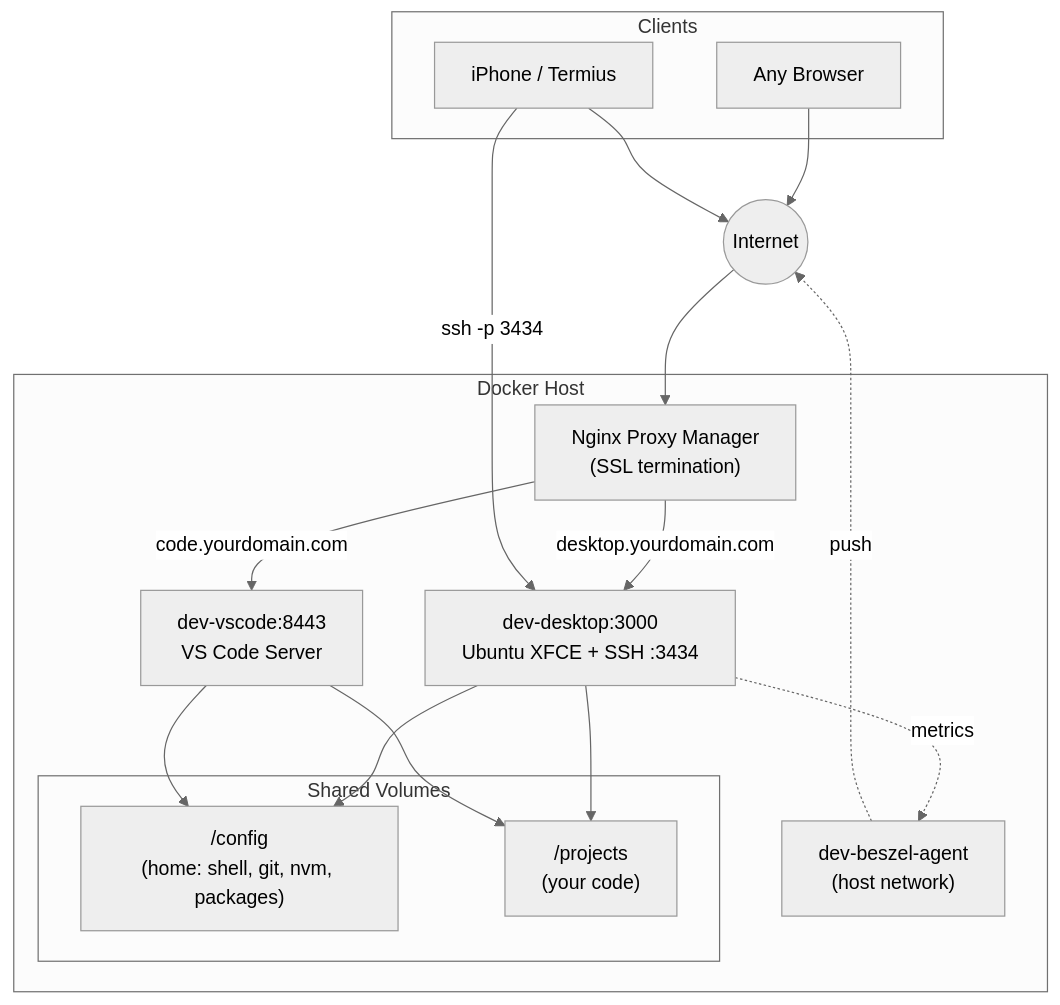
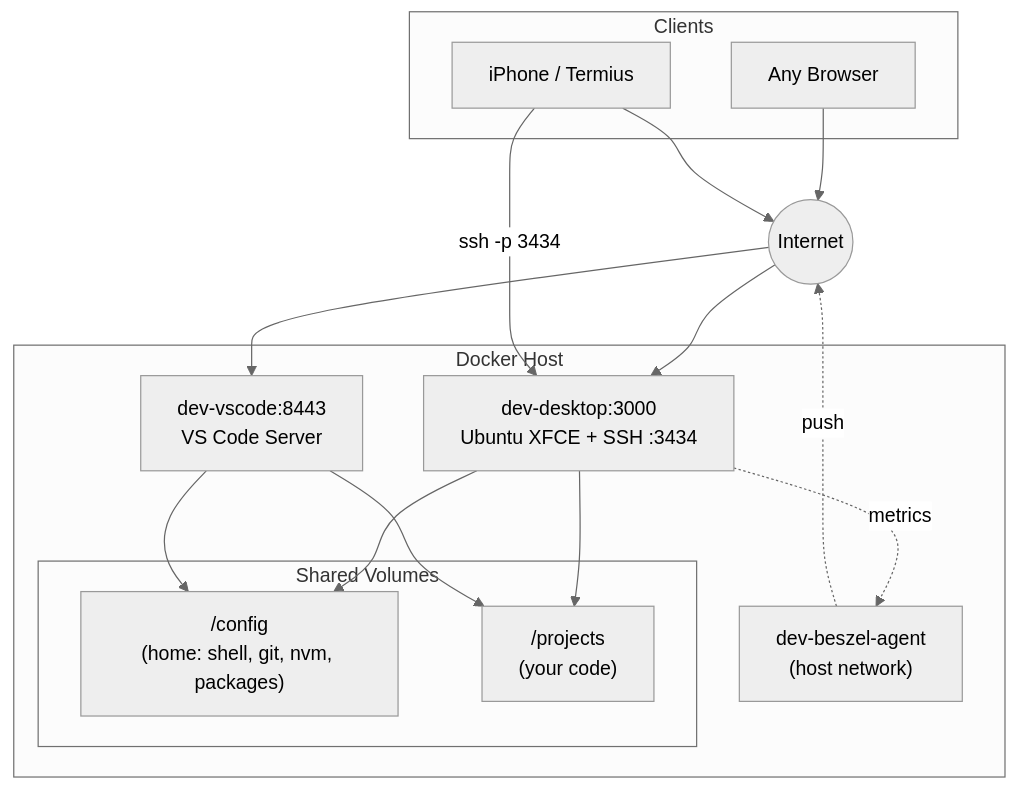
One commit to Piero24/Cloud-Dev-Desktop changed the diagram in cloud-dev-docs/docs/index.mdx. Above: the diagram before and after it, drawn with Mermaid (neutral theme). The commit also changed 3 other files, not shown here.

````diff
--- a/cloud-dev-docs/docs/index.mdx
+++ b/cloud-dev-docs/docs/index.mdx
@@ -20,33 +20,31 @@
 ```mermaid
 flowchart TB
     Internet((Internet))
 
     subgraph Host["Docker Host"]
-        NPM["Nginx Proxy Manager\n(SSL termination)"]
         subgraph Shared["Shared Volumes"]
             Config["/config\n(home: shell, git, nvm, packages)"]
             Projects["/projects\n(your code)"]
         end
         Desktop["dev-desktop:3000\nUbuntu XFCE + SSH :3434"]
         Code["dev-vscode:8443\nVS Code Server"]
         Beszel["dev-beszel-agent\n(host network)"]
     end
 
     subgraph Clients["Clients"]
         Browser["Any Browser"]
         Phone["iPhone / Termius"]
     end
 
-    Internet --> NPM
-    NPM -->|"desktop.yourdomain.com"| Desktop
-    NPM -->|"code.yourdomain.com"| Code
+    Internet --> Desktop
+    Internet --> Code
     Desktop --> Config
     Desktop --> Projects
     Code --> Config
     Code --> Projects
     Phone -->|"ssh -p 3434"| Desktop
     Browser --> Internet
     Phone --> Internet
     Desktop -.->|"metrics"| Beszel
     Beszel -.->|"push"| Internet
 ```
````
